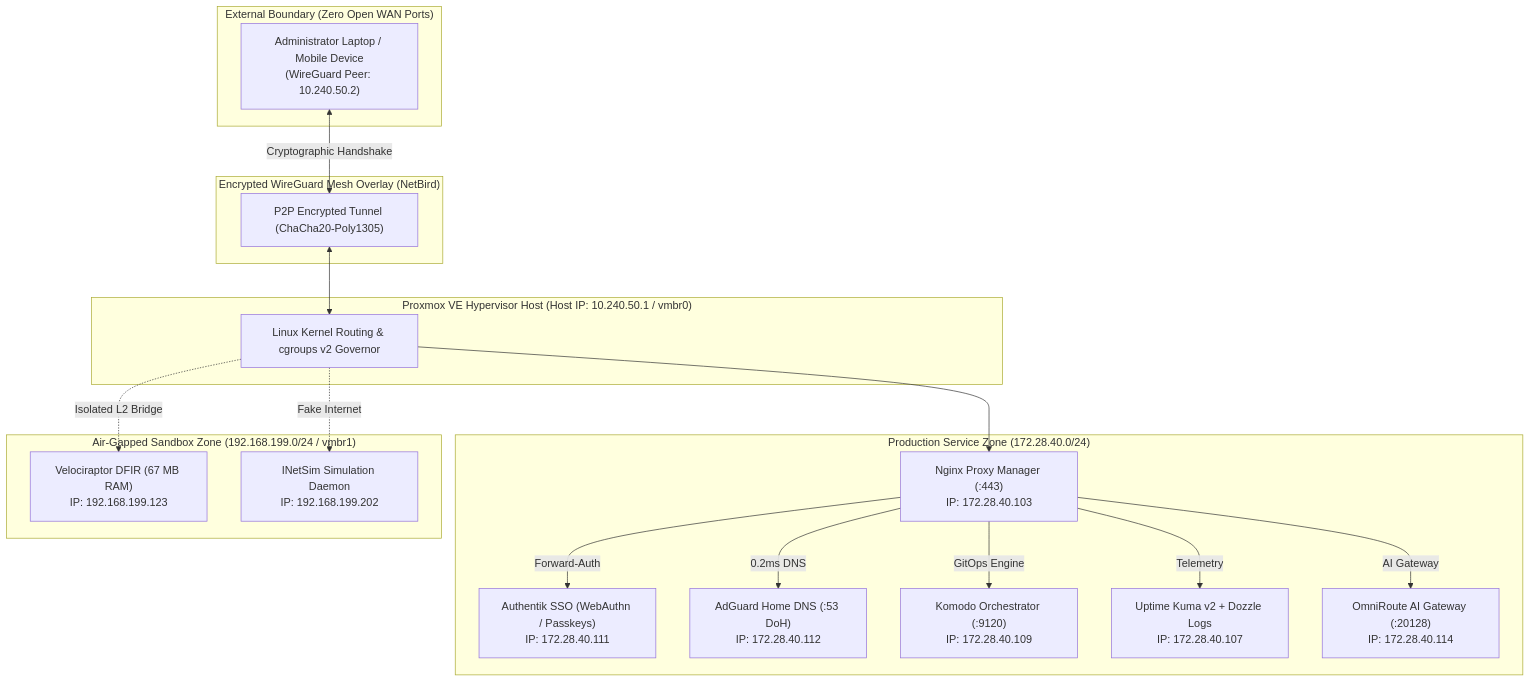
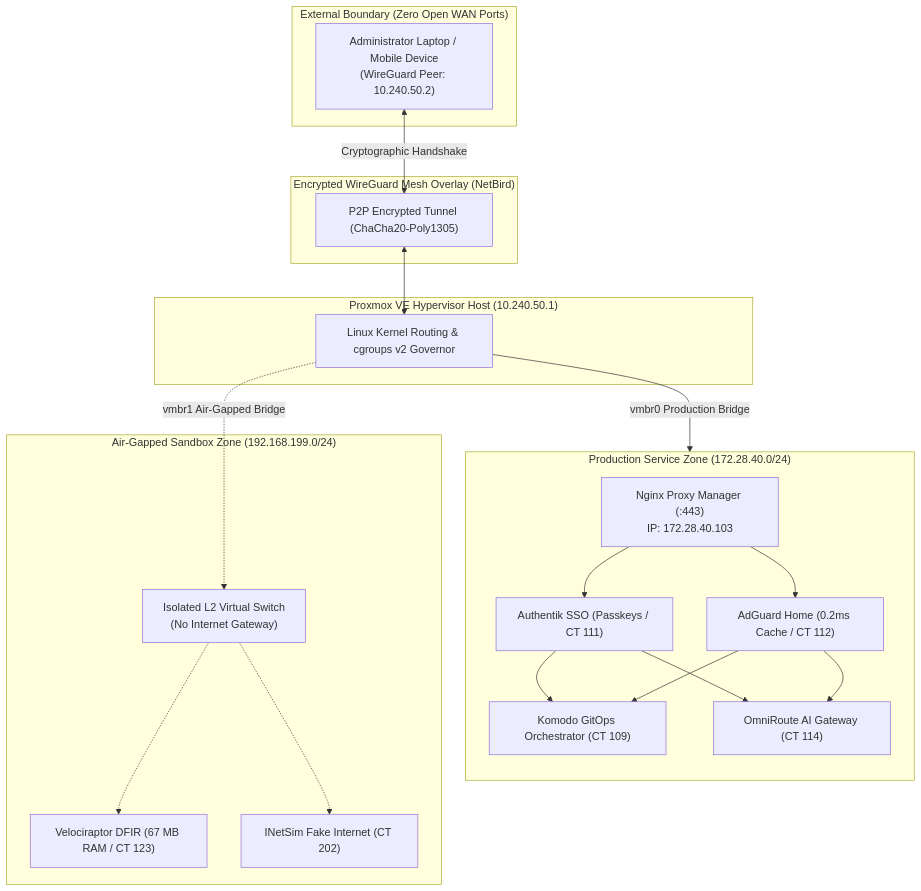
Before and after one commit to Lessa-github/homelab-zero-trust-infra: the diagram in README.md, drawn with Mermaid. The commit also changed 16 other files, not shown here.

````diff
--- a/README.md
+++ b/README.md
@@ -27,29 +27,37 @@
 ```mermaid
 flowchart TD
     subgraph EXTERNAL_WAN ["External Boundary (Zero Open WAN Ports)"]
         AdminDevice["Administrator Laptop / Mobile Device<br>(WireGuard Peer: 10.240.50.2)"]
     end
 
     subgraph OVERLAY_MESH ["Encrypted WireGuard Mesh Overlay (NetBird)"]
         Tunnel["P2P Encrypted Tunnel (ChaCha20-Poly1305)"]
-        AdminDevice <-->|Cryptographic Handshake| Tunnel
     end
 
-    subgraph HYPERVISOR_NODE ["Proxmox VE Hypervisor Host (Host IP: 10.240.50.1 / vmbr0)"]
-        Tunnel <--> HostKernel["Linux Kernel Routing & cgroups v2 Governor"]
+    subgraph HYPERVISOR_NODE ["Proxmox VE Hypervisor Host (10.240.50.1)"]
+        HostKernel["Linux Kernel Routing & cgroups v2 Governor"]
     end
 
+    AdminDevice <-->|Cryptographic Handshake| Tunnel
+    Tunnel <--> HostKernel
+
+    HostKernel -->|"vmbr0 Production Bridge"| NPM["Nginx Proxy Manager (:443)<br>IP: 172.28.40.103"]
+    HostKernel -.->|"vmbr1 Air-Gapped Bridge"| SANDBOX_HUB["Isolated L2 Virtual Switch<br>(No Internet Gateway)"]
+
     subgraph PROD_VLAN ["Production Service Zone (172.28.40.0/24)"]
-        HostKernel --> NPM["Nginx Proxy Manager (:443)<br>IP: 172.28.40.103"]
-        NPM -->|Forward-Auth| AUTH["Authentik SSO (WebAuthn / Passkeys)<br>IP: 172.28.40.111"]
-        NPM -->|0.2ms DNS| ADG["AdGuard Home DNS (:53 DoH)<br>IP: 172.28.40.112"]
-        NPM -->|GitOps Engine| KOM["Komodo Orchestrator (:9120)<br>IP: 172.28.40.109"]
-        NPM -->|Telemetry| KUMA["Uptime Kuma v2 + Dozzle Logs<br>IP: 172.28.40.107"]
-        NPM -->|AI Gateway| OMNI["OmniRoute AI Gateway (:20128)<br>IP: 172.28.40.114"]
+        direction TB
+        NPM["Nginx Proxy Manager (:443)<br>IP: 172.28.40.103"]
+        AUTH["Authentik SSO (Passkeys / CT 111)"]
+        ADG["AdGuard Home (0.2ms Cache / CT 112)"]
+        KOM["Komodo GitOps Orchestrator (CT 109)"]
+        OMNI["OmniRoute AI Gateway (CT 114)"]
+        NPM --> AUTH & ADG
+        AUTH & ADG --> KOM & OMNI
     end
 
-    subgraph AIRGAPPED_VLAN ["Air-Gapped Sandbox Zone (192.168.199.0/24 / vmbr1)"]
-        HostKernel -.->|Isolated L2 Bridge| VELOC["Velociraptor DFIR (67 MB RAM)<br>IP: 192.168.199.123"]
-        HostKernel -.->|Fake Internet| INET["INetSim Simulation Daemon<br>IP: 192.168.199.202"]
+    subgraph AIRGAPPED_VLAN ["Air-Gapped Sandbox Zone (192.168.199.0/24)"]
+        VELOC["Velociraptor DFIR (67 MB RAM / CT 123)"]
+        INET["INetSim Fake Internet (CT 202)"]
+        SANDBOX_HUB -.-> VELOC & INET
     end
 ```
````
